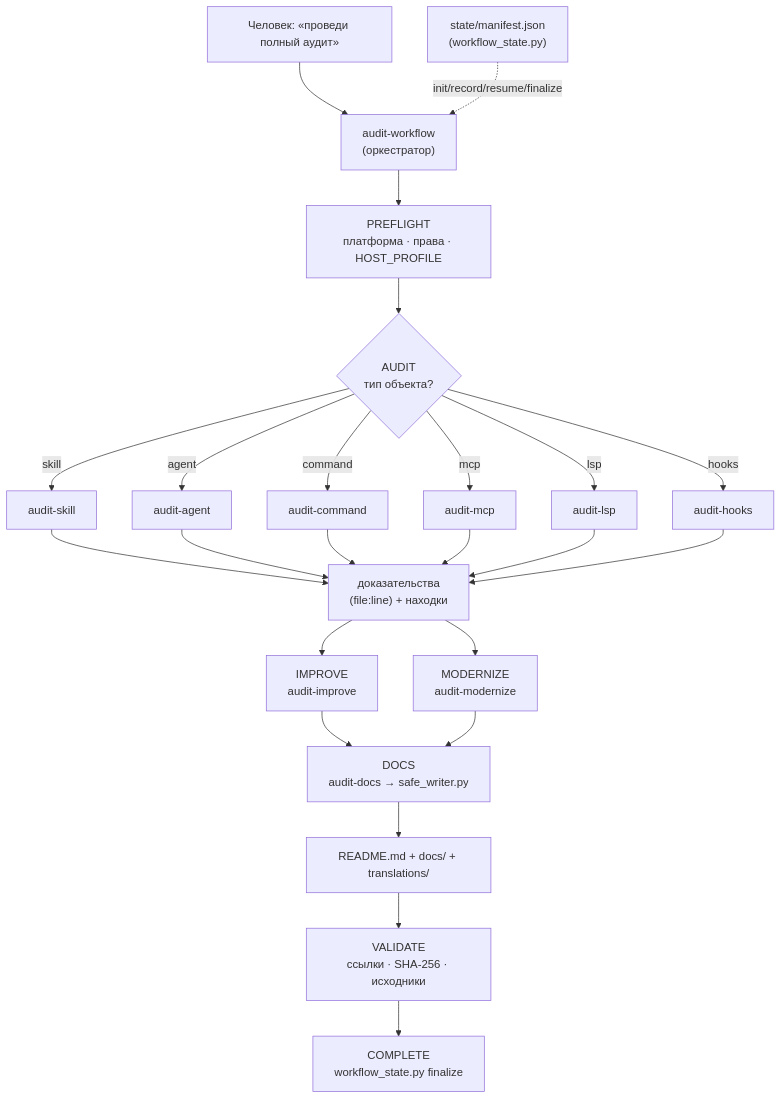
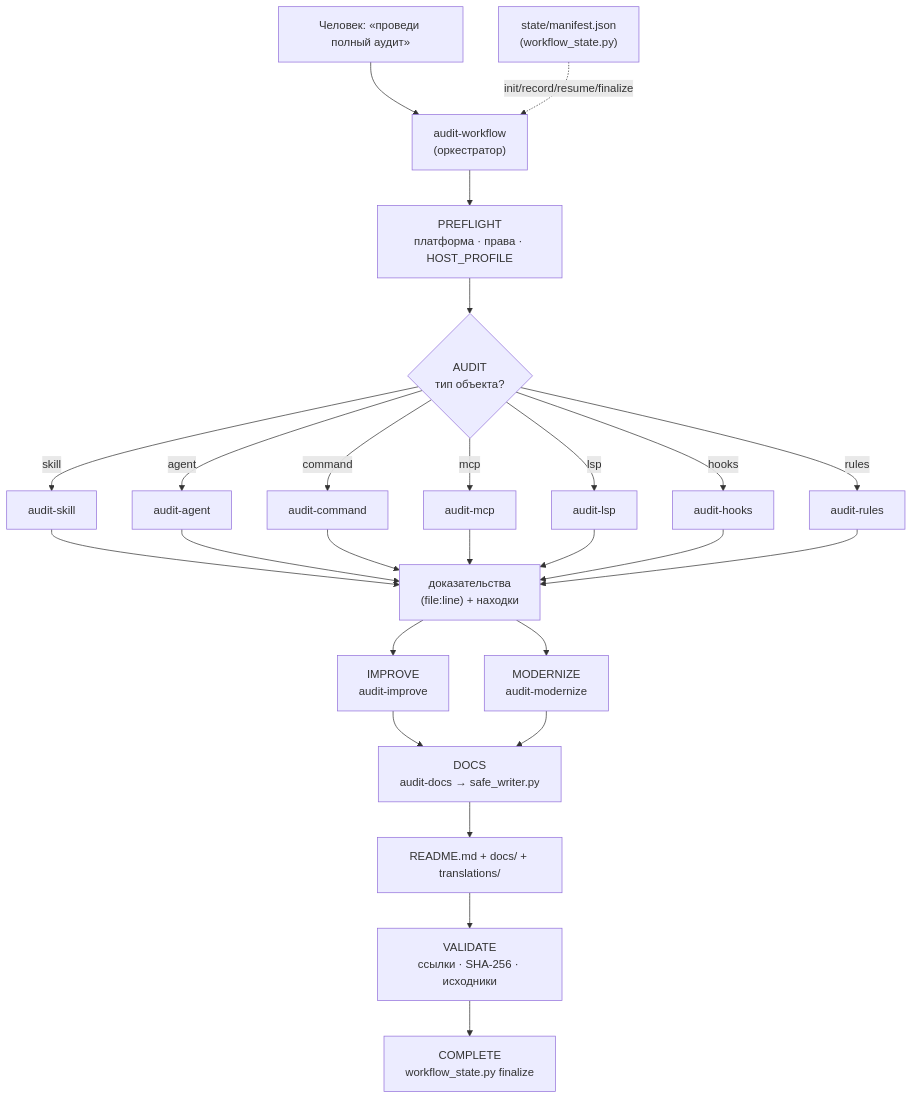
Before and after one commit to Tarrissarh/ai-security-audit-instruments: the diagram in docs/SKILLS-GUIDE-RU.md, drawn with Mermaid. The commit also changed other lines of this file and 35 other files, not shown here.

First line of the commit message:
feat: добавить аудитор audit-rules и релиз 1.0.0

````diff
--- a/docs/SKILLS-GUIDE-RU.md
+++ b/docs/SKILLS-GUIDE-RU.md
@@ -482,21 +505,22 @@
 ```mermaid
 flowchart TD
     USER["Человек: «проведи полный аудит»"] --> WF["audit-workflow<br/>(оркестратор)"]
     WF --> PF["PREFLIGHT<br/>платформа · права · HOST_PROFILE"]
     PF --> AUD{"AUDIT<br/>тип объекта?"}
     AUD -->|skill| SK["audit-skill"]
     AUD -->|agent| AG["audit-agent"]
     AUD -->|command| CM["audit-command"]
     AUD -->|mcp| MC["audit-mcp"]
     AUD -->|lsp| LS["audit-lsp"]
     AUD -->|hooks| HK["audit-hooks"]
-    SK & AG & CM & MC & LS & HK --> EVD["доказательства<br/>(file:line) + находки"]
+    AUD -->|rules| RU["audit-rules"]
+    SK & AG & CM & MC & LS & HK & RU --> EVD["доказательства<br/>(file:line) + находки"]
     EVD --> IMP["IMPROVE<br/>audit-improve"]
     EVD --> MOD["MODERNIZE<br/>audit-modernize"]
     IMP --> DOCS["DOCS<br/>audit-docs → safe_writer.py"]
     MOD --> DOCS
     DOCS --> OUT["README.md + docs/ + translations/"]
     OUT --> VAL["VALIDATE<br/>ссылки · SHA-256 · исходники"]
     VAL --> FIN["COMPLETE<br/>workflow_state.py finalize"]
     ST["state/manifest.json<br/>(workflow_state.py)"] -.->|init/record/resume/finalize| WF
 ```
````
